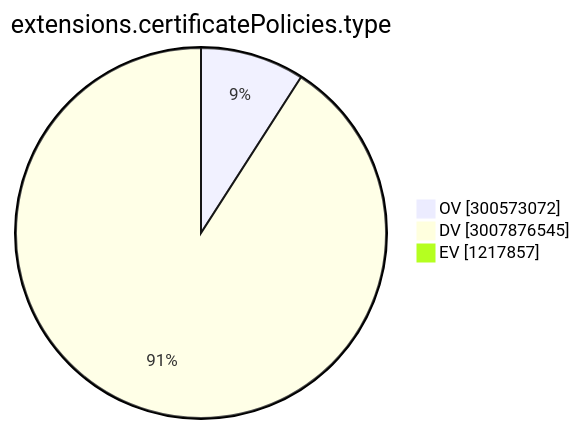
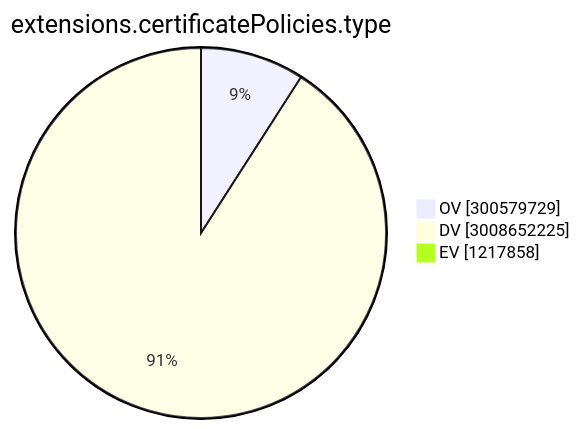
One commit to christiankrug/ctmonitor_visualization changed the ninth of 15 diagrams in TOTAL/README.md. Above: the diagram before and after it, drawn with Mermaid. The commit also changed other lines of this file, not shown here.

````diff
--- a/TOTAL/README.md
+++ b/TOTAL/README.md
@@ -3102,7 +3102,7 @@
 ```mermaid
 pie showData
 title extensions.certificatePolicies.type
-"OV" :300573072
-"DV" :3007876545
-"EV" :1217857
+"OV" :300579729
+"DV" :3008652225
+"EV" :1217858
 ```
````
